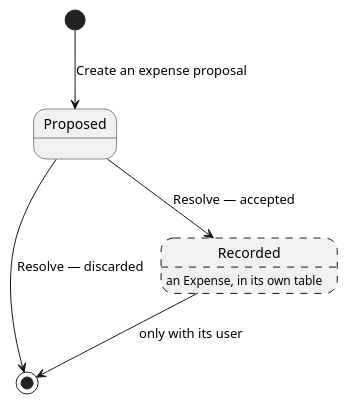
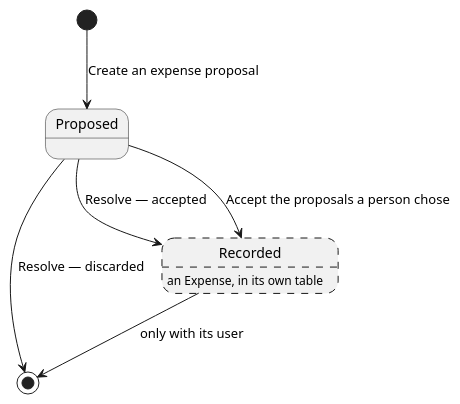
The diagram in ledger-service/docs/domain/expense-proposal.md (ds-usova/finance-bot), drawn with PlantUML before and after one commit. The commit also changed other lines of this file and 24 other files, not shown here.

````diff
--- a/ledger-service/docs/domain/expense-proposal.md
+++ b/ledger-service/docs/domain/expense-proposal.md
@@ -32,9 +33,10 @@
 ```plantuml
 @startuml
 [*] --> Proposed : Create an expense proposal
 Proposed --> [*] : Resolve — discarded
 Proposed --> Recorded : Resolve — accepted
+Proposed --> Recorded : Accept the proposals a person chose
 state Recorded #line.dashed : an Expense, in its own table
 Recorded --> [*] : only with its user
 @enduml
 ```
````
